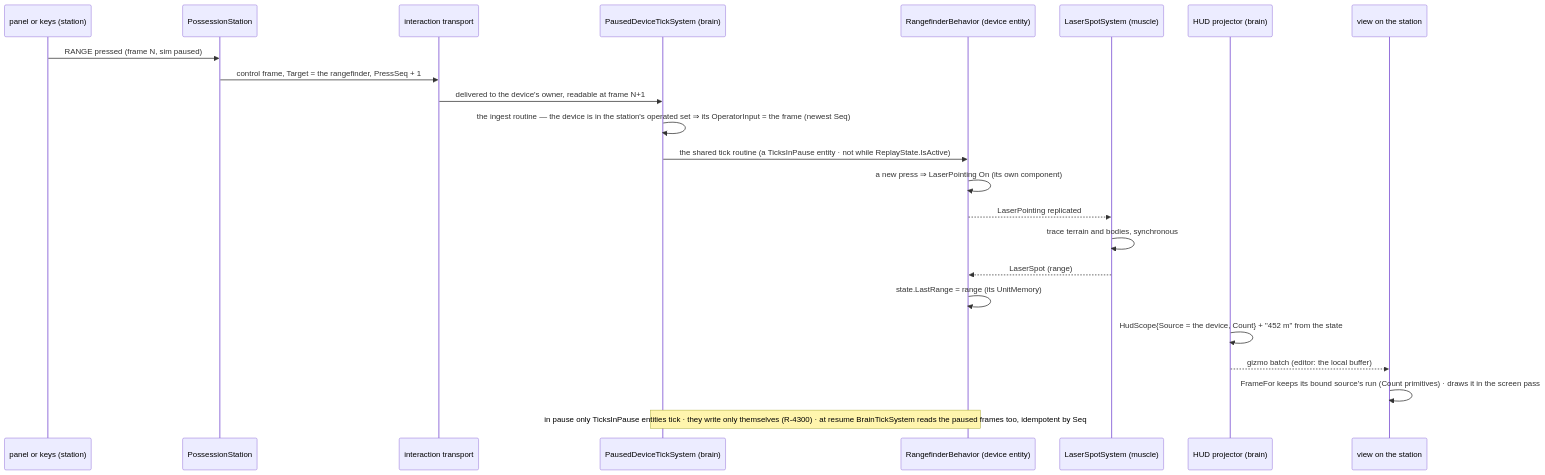
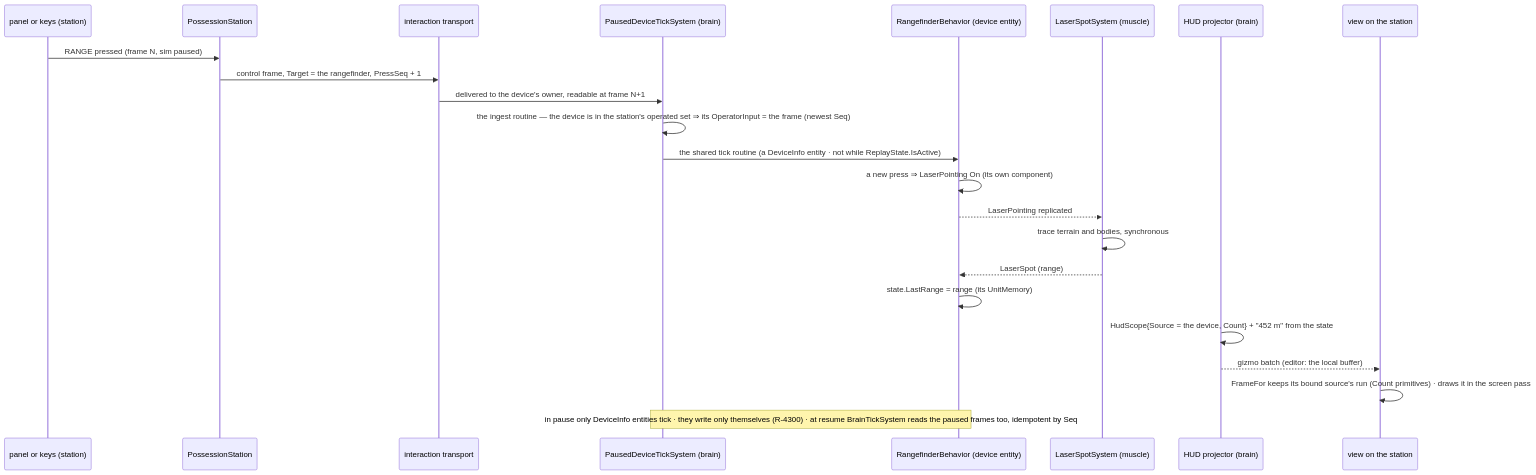
The third of 6 diagrams in docs/designs/devices/DESIGN_Simulated_Devices.md (pjanec/HROT), drawn with Mermaid before and after one commit. The commit also changed other lines of this file and 1 other file, not shown here.

````diff
--- a/docs/designs/devices/DESIGN_Simulated_Devices.md
+++ b/docs/designs/devices/DESIGN_Simulated_Devices.md
@@ -192,25 +193,25 @@
 ```mermaid
 sequenceDiagram
   participant P as panel or keys (station)
   participant S as PossessionStation
   participant X as interaction transport
   participant T as PausedDeviceTickSystem (brain)
   participant D as RangefinderBehavior (device entity)
   participant M as LaserSpotSystem (muscle)
   participant G as HUD projector (brain)
   participant V as view on the station
   P->>S: RANGE pressed (frame N, sim paused)
   S->>X: control frame, Target = the rangefinder, PressSeq + 1
   X->>T: delivered to the device's owner, readable at frame N+1
   T->>T: the ingest routine — the device is in the station's operated set ⇒ its OperatorInput = the frame (newest Seq)
-  T->>D: the shared tick routine (a TicksInPause entity · not while ReplayState.IsActive)
+  T->>D: the shared tick routine (a DeviceInfo entity · not while ReplayState.IsActive)
   D->>D: a new press ⇒ LaserPointing On (its own component)
   D-->>M: LaserPointing replicated
   M->>M: trace terrain and bodies, synchronous
   M-->>D: LaserSpot (range)
   D->>D: state.LastRange = range (its UnitMemory)
   G->>G: HudScope{Source = the device, Count} + "452 m" from the state
   G-->>V: gizmo batch (editor: the local buffer)
   V->>V: FrameFor keeps its bound source's run (Count primitives) · draws it in the screen pass
-  Note over T,D: in pause only TicksInPause entities tick · they write only themselves (R-4300) · at resume BrainTickSystem reads the paused frames too, idempotent by Seq
+  Note over T,D: in pause only DeviceInfo entities tick · they write only themselves (R-4300) · at resume BrainTickSystem reads the paused frames too, idempotent by Seq
 ```
````
